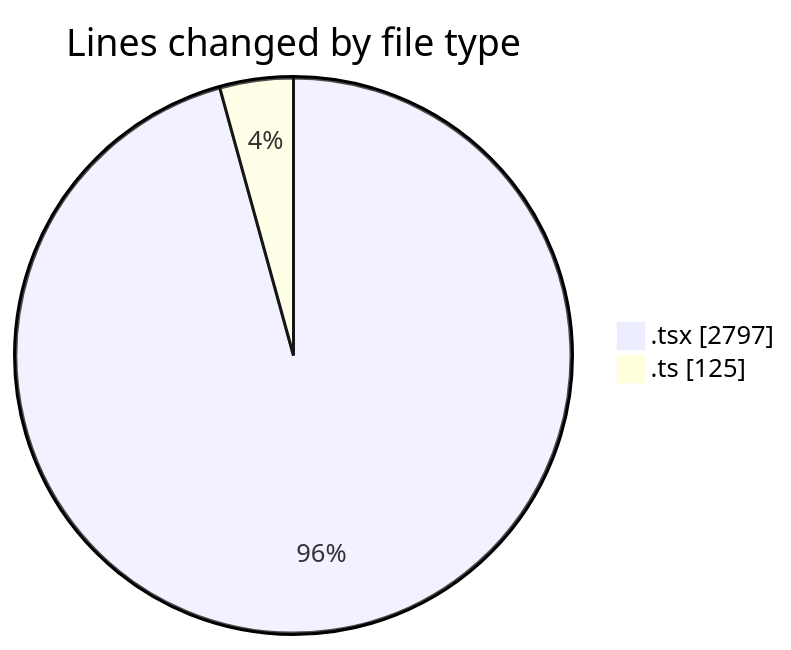
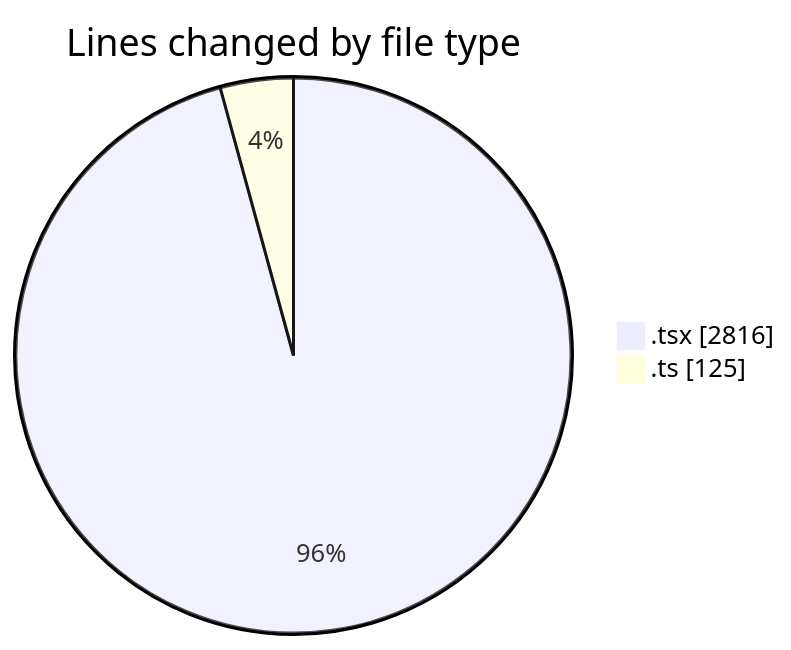
One commit to nxtqubesakshisongat/code-tracking changed the first of 2 diagrams in 2026-03-22/nxtqube_webapp/README.md. Above: the diagram before and after it, drawn with Mermaid. The commit also changed other lines of this file and 1 other file, not shown here.

````diff
--- a/2026-03-22/nxtqube_webapp/README.md
+++ b/2026-03-22/nxtqube_webapp/README.md
@@ -24,6 +24,6 @@
 ```mermaid
 pie showData
 title Lines changed by file type
-".tsx" : 2797
+".tsx" : 2816
 ".ts" : 125
 ```
````
